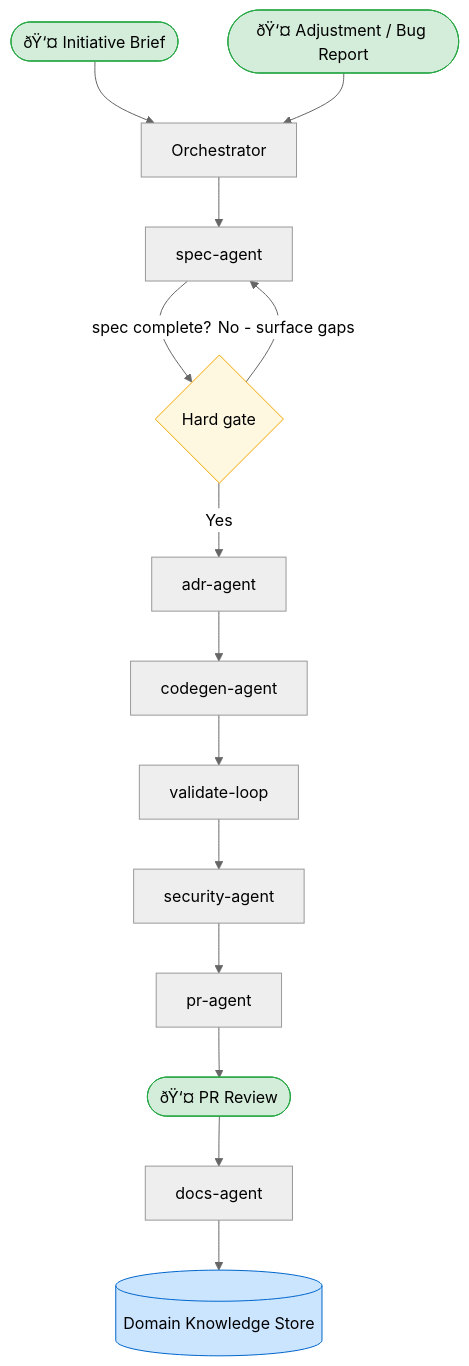
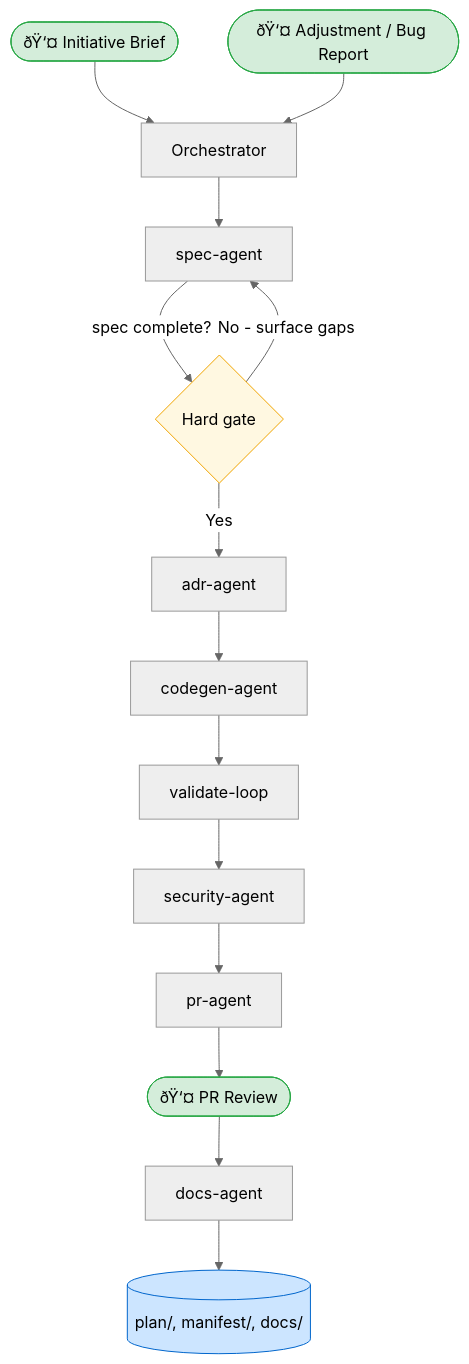
Before and after one commit to planifest/planifest-docs: the first of 5 diagrams in planifest-docs/p001-planifest-master-plan.md, drawn with Mermaid (neutral theme). The commit also changed other lines of this file and 9 other files, not shown here.

Commit message:
Domain Knowledge Store is a roadmap item and not implemented in v1.0.

````diff
--- a/planifest-docs/p001-planifest-master-plan.md
+++ b/planifest-docs/p001-planifest-master-plan.md
@@ -66,23 +66,23 @@
 ```mermaid
 flowchart TD
     A([ðŸ‘¤ Initiative Brief]) --> ORCH[Orchestrator]
     Z([ðŸ‘¤ Adjustment / Bug Report]) --> ORCH
 
     ORCH --> SA[spec-agent]
     SA -->|spec complete?| GATE1{Hard gate}
     GATE1 -->|No - surface gaps| SA
     GATE1 -->|Yes| AA[adr-agent]
     AA --> CA[codegen-agent]
     CA --> VA[validate-loop]
     VA --> SEC[security-agent]
     SEC --> PRA[pr-agent]
     PRA --> HGATE([ðŸ‘¤ PR Review])
     HGATE --> DA[docs-agent]
-    DA --> DKS[(Domain Knowledge Store)]
+    DA --> DKS[(plan/, manifest/, docs/)]
 
     style A fill:#d4edda,stroke:#28a745,color:#000
     style Z fill:#d4edda,stroke:#28a745,color:#000
     style HGATE fill:#d4edda,stroke:#28a745,color:#000
     style GATE1 fill:#fff8e1,stroke:#f0a500
     style DKS fill:#cce5ff,stroke:#0066cc
 ```
````
